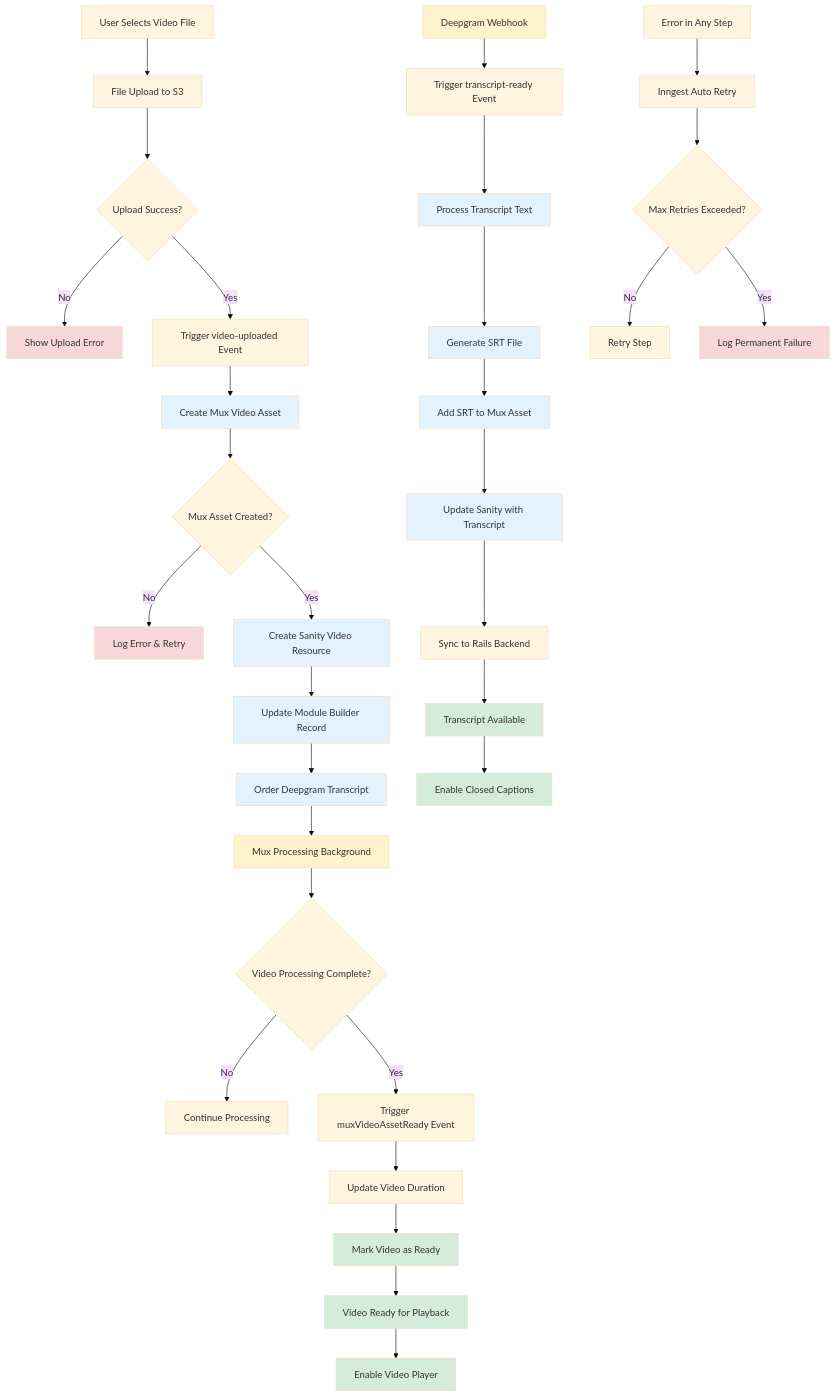
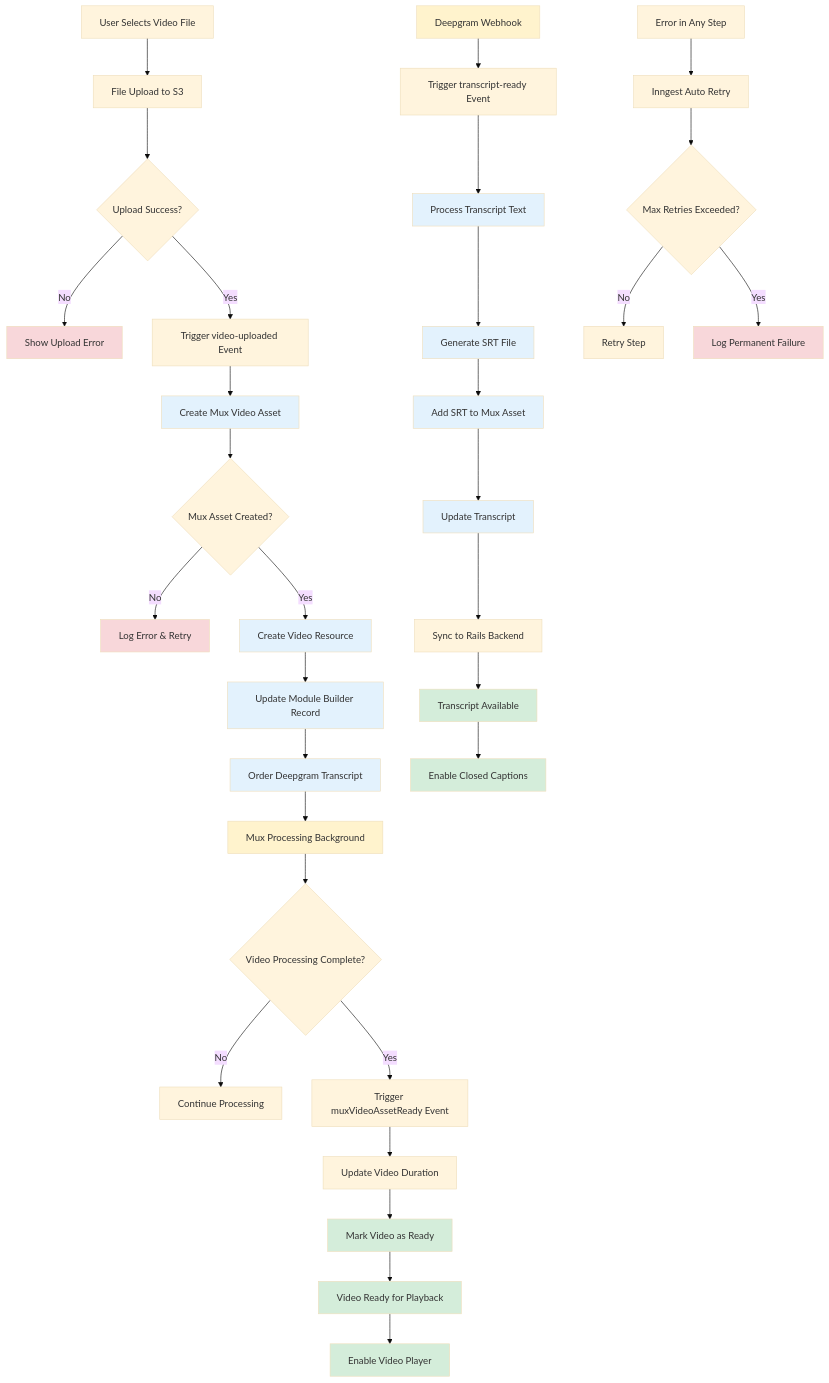
The diagram in ai/diagrams/video-upload-processing-flow.md (skillrecordings/egghead-next), drawn with Mermaid (base theme) before and after one commit. The commit also changed other lines of this file and 97 other files, not shown here.

````diff
--- a/ai/diagrams/video-upload-processing-flow.md
+++ b/ai/diagrams/video-upload-processing-flow.md
@@ -23,53 +23,53 @@
 ```mermaid
 flowchart TD
     A[User Selects Video File] --> B[File Upload to S3]
     B --> C{Upload Success?}
 
     C -->|No| D[Show Upload Error]
     C -->|Yes| E[Trigger video-uploaded Event]
 
     E --> F[Create Mux Video Asset]
     F --> G{Mux Asset Created?}
 
     G -->|No| H[Log Error & Retry]
-    G -->|Yes| I[Create Sanity Video Resource]
+    G -->|Yes| I[Create Video Resource]
 
     I --> J[Update Module Builder Record]
     J --> K[Order Deepgram Transcript]
     K --> L[Mux Processing Background]
 
     L --> M{Video Processing Complete?}
     M -->|No| N[Continue Processing]
     M -->|Yes| O[Trigger muxVideoAssetReady Event]
 
     O --> P[Update Video Duration]
     P --> Q[Mark Video as Ready]
 
     R[Deepgram Webhook] --> S[Trigger transcript-ready Event]
     S --> T[Process Transcript Text]
     T --> U[Generate SRT File]
     U --> V[Add SRT to Mux Asset]
-    V --> W[Update Sanity with Transcript]
+    V --> W[Update Transcript]
     W --> X[Sync to Rails Backend]
 
     Q --> Y[Video Ready for Playback]
     X --> Z[Transcript Available]
 
     Y --> AA[Enable Video Player]
     Z --> BB[Enable Closed Captions]
 
     CC[Error in Any Step] --> DD[Inngest Auto Retry]
     DD --> EE{Max Retries Exceeded?}
     EE -->|No| FF[Retry Step]
     EE -->|Yes| GG[Log Permanent Failure]
 
     classDef success fill:#d4edda
     classDef error fill:#f8d7da
     classDef process fill:#e3f2fd
     classDef external fill:#fff3cd
 
     class Q,Y,Z,AA,BB success
     class D,H,GG error
     class F,I,J,K,T,U,V,W process
     class L,R external
 ```
````
